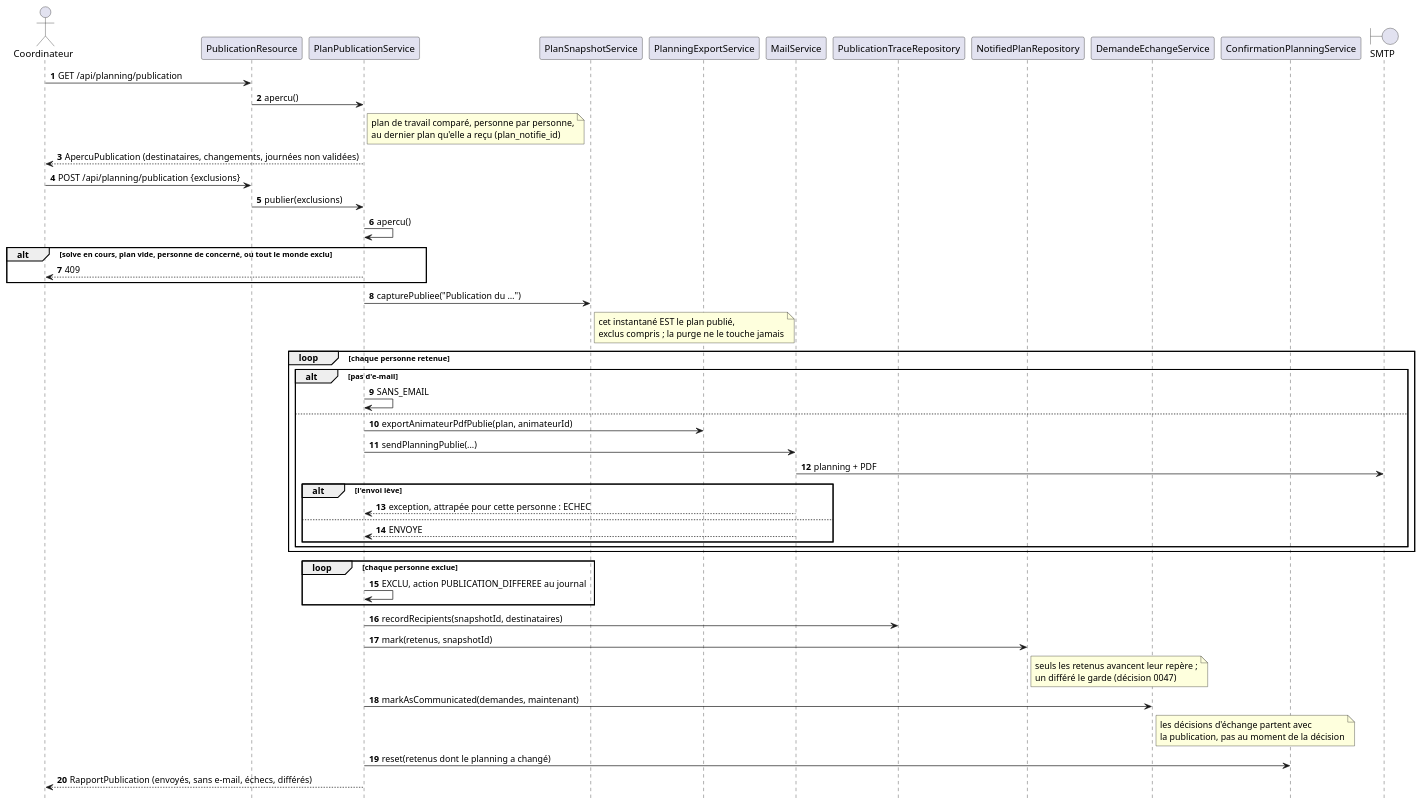
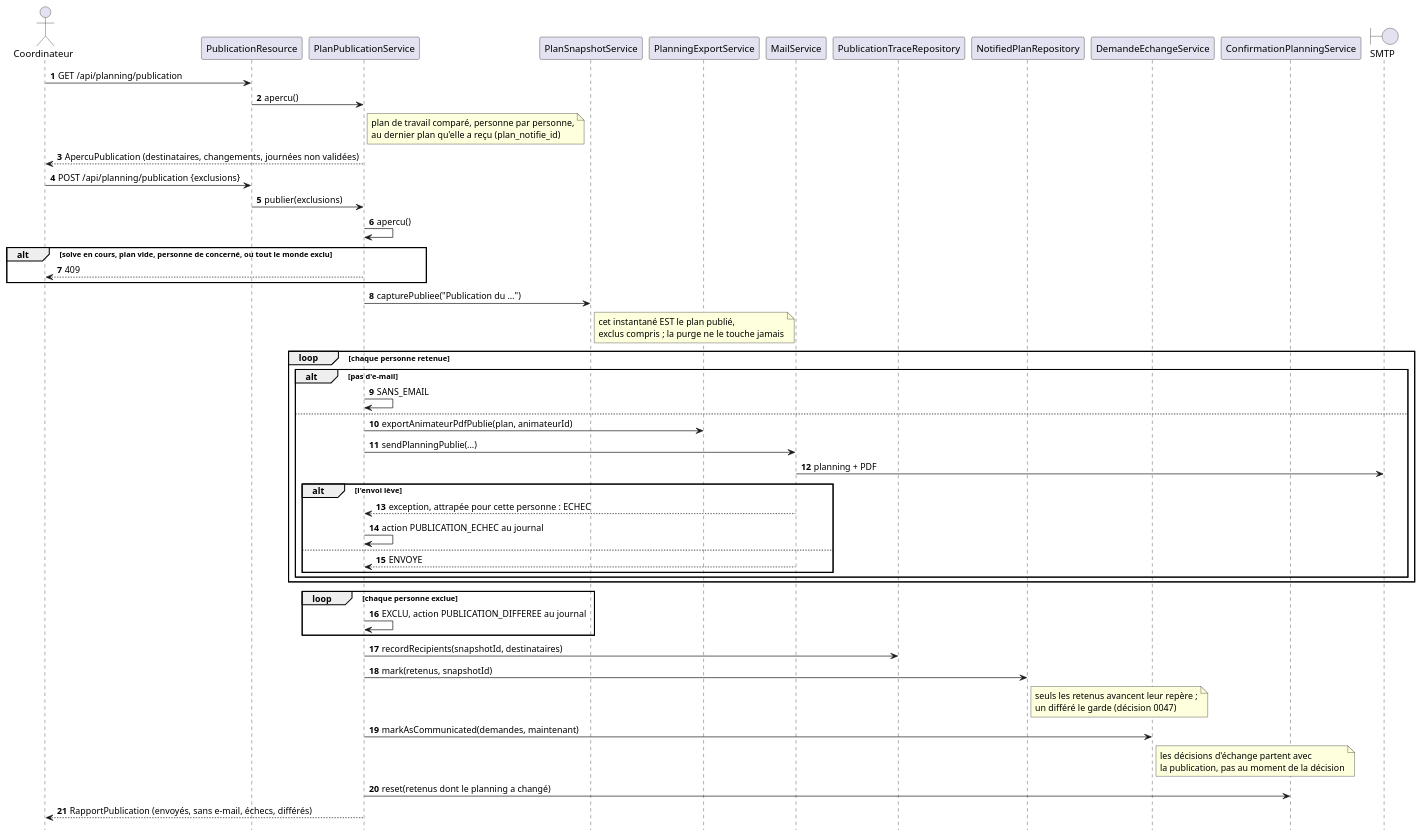
Before and after one commit to sylvainmetayer/planning-equipes: the diagram in docs/diagrammes/publication.puml, drawn with PlantUML. The commit also changed 19 other files, not shown here.

Commit message:
fix(publication): les envois en échec à traiter et au journal

```diff
--- a/docs/diagrammes/publication.puml
+++ b/docs/diagrammes/publication.puml
@@ -1,61 +1,62 @@
 @startuml
 ' Publier : l'aperçu ne fait rien partir ; la publication photographie le plan
 ' pour tout le monde, puis écrit à chaque personne retenue. Un envoi qui échoue
 ' est compté, pas rejoué, et n'arrête pas les autres. Une personne différée
 ' garde son ancien repère : la prochaine publication lui dira tout.
 ' Voir docs/api.md, « Publication », et docs/decisions/0011, 0025, 0047.
 skinparam backgroundColor #FFFFFF
 skinparam responseMessageBelowArrow true
 hide footbox
 autonumber
 
 actor "Coordinateur" as admin
 participant PublicationResource as resource
 participant PlanPublicationService as publication
 participant PlanSnapshotService as snapshots
 participant PlanningExportService as exports
 participant MailService as mails
 participant PublicationTraceRepository as traces
 participant NotifiedPlanRepository as reperes
 participant DemandeEchangeService as echanges
 participant ConfirmationPlanningService as confirmations
 boundary "SMTP" as smtp
 
 admin -> resource : GET /api/planning/publication
 resource -> publication : apercu()
 note right of publication : plan de travail comparé, personne par personne,\nau dernier plan qu'elle a reçu (plan_notifie_id)
 publication --> admin : ApercuPublication (destinataires, changements, journées non validées)
 
 admin -> resource : POST /api/planning/publication {exclusions}
 resource -> publication : publier(exclusions)
 publication -> publication : apercu()
 alt solve en cours, plan vide, personne de concerné, ou tout le monde exclu
   publication --> admin : 409
 end
 publication -> snapshots : capturePubliee("Publication du …")
 note right of snapshots : cet instantané EST le plan publié,\nexclus compris ; la purge ne le touche jamais
 loop chaque personne retenue
   alt pas d'e-mail
     publication -> publication : SANS_EMAIL
   else
     publication -> exports : exportAnimateurPdfPublie(plan, animateurId)
     publication -> mails : sendPlanningPublie(...)
     mails -> smtp : planning + PDF
     alt l'envoi lève
       mails --> publication : exception, attrapée pour cette personne : ECHEC
+      publication -> publication : action PUBLICATION_ECHEC au journal
     else
       mails --> publication : ENVOYE
     end
   end
 end
 loop chaque personne exclue
   publication -> publication : EXCLU, action PUBLICATION_DIFFEREE au journal
 end
 publication -> traces : recordRecipients(snapshotId, destinataires)
 publication -> reperes : mark(retenus, snapshotId)
 note right of reperes : seuls les retenus avancent leur repère ;\nun différé le garde (décision 0047)
 publication -> echanges : markAsCommunicated(demandes, maintenant)
 note right of echanges : les décisions d'échange partent avec\nla publication, pas au moment de la décision
 publication -> confirmations : reset(retenus dont le planning a changé)
 publication --> admin : RapportPublication (envoyés, sans e-mail, échecs, différés)
 @enduml
```
